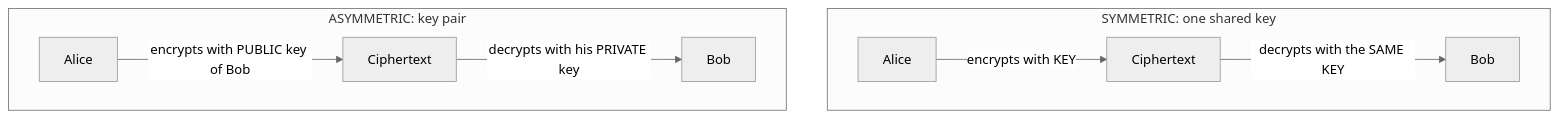
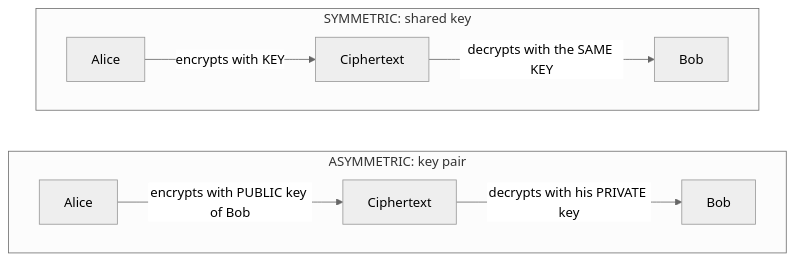
The diagram in public/playbooks/security/crypto-keys.mmd (massimobiagioli/back2basics), drawn with Mermaid (neutral theme) before and after one commit. The commit also changed 1 other file, not shown here.

Commit message:
Fix clipped crypto-keys diagram by stacking subgraphs vertically

```diff
--- a/public/playbooks/security/crypto-keys.mmd
+++ b/public/playbooks/security/crypto-keys.mmd
@@ -1,9 +1,12 @@
 flowchart TB
-    subgraph SYM[SYMMETRIC: one shared key]
+    subgraph SYM[SYMMETRIC: shared key]
+        direction LR
         A1[Alice] -- encrypts with KEY --> C1[Ciphertext]
         C1 -- decrypts with the SAME KEY --> B1[Bob]
     end
     subgraph ASYM[ASYMMETRIC: key pair]
+        direction LR
         A2[Alice] -- encrypts with PUBLIC key of Bob --> C2[Ciphertext]
         C2 -- decrypts with his PRIVATE key --> B2[Bob]
     end
+    SYM ~~~ ASYM
```
